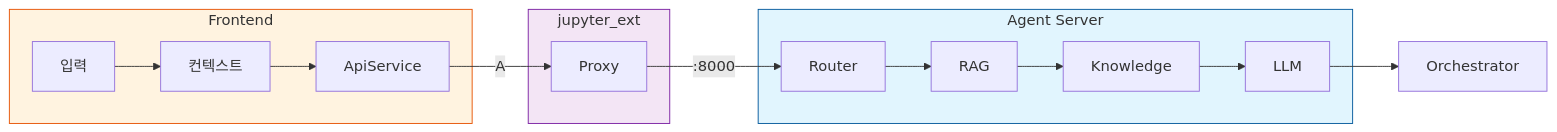
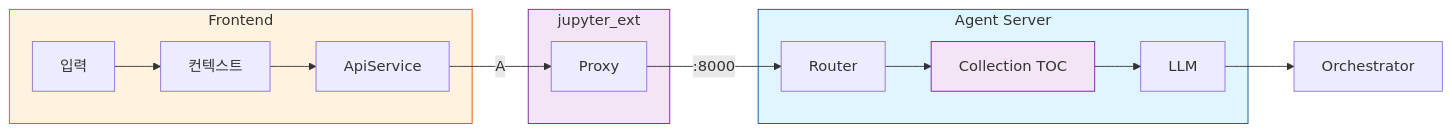
Before and after one commit to lks21c/hdsp_agent: the sixth of 8 diagrams in docs/agent_planning_flow.md, drawn with Mermaid. The commit also changed other lines of this file and 11 other files, not shown here.

First line of the commit message:
feat: Implement Step-Level RAG architecture

````diff
--- a/docs/agent_planning_flow.md
+++ b/docs/agent_planning_flow.md
@@ -390,21 +561,22 @@
 ```mermaid
 flowchart LR
     subgraph Frontend["Frontend"]
         Input["입력"] --> Context["컨텍스트"] --> Api["ApiService"]
     end
 
     subgraph Proxy["jupyter_ext"]
         Handler["Proxy"]
     end
 
     subgraph Server["Agent Server"]
-        Router["Router"] --> RAG["RAG"] --> Knowledge["Knowledge"] --> LLM["LLM"]
+        Router["Router"] --> TOC["Collection TOC"] --> LLM["LLM"]
     end
 
     Api -->|"A"| Handler -->|":8000"| Router
     LLM --> Return["Orchestrator"]
 
     style Frontend fill:#fff3e0,stroke:#e65100
     style Proxy fill:#f3e5f5,stroke:#7b1fa2
     style Server fill:#e1f5fe,stroke:#01579b
+    style TOC fill:#f3e5f5,stroke:#7b1fa2
 ```
````
